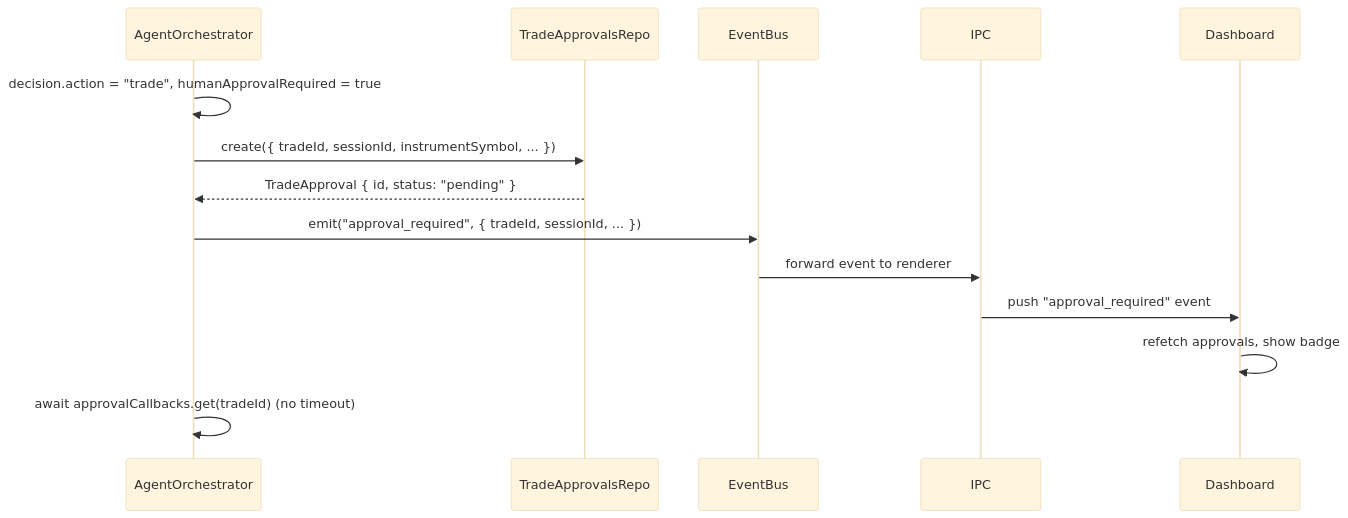
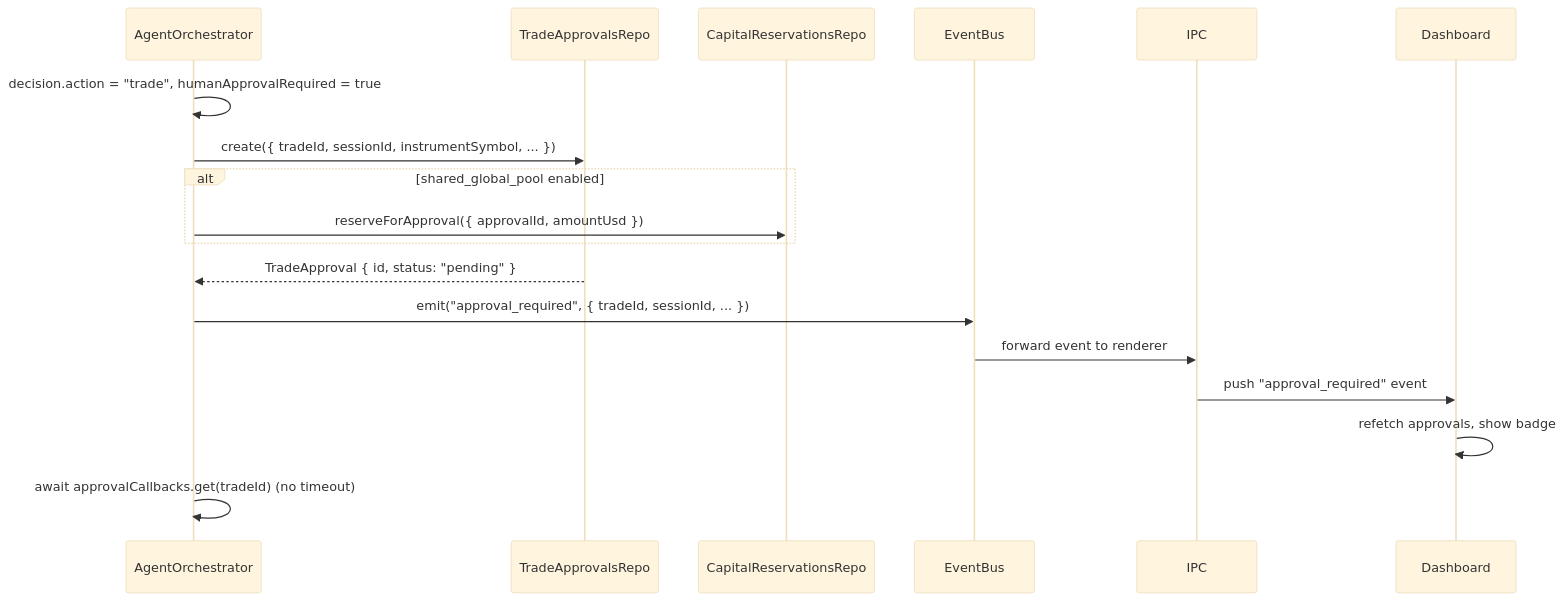
One commit to KennethAtchon/Exva changed the first of 4 diagrams in docs/plan/phase-06-approval-queue.md. Above: the diagram before and after it, drawn with Mermaid (base theme). The commit also changed other lines of this file and 13 other files, not shown here.

````diff
--- a/docs/plan/phase-06-approval-queue.md
+++ b/docs/plan/phase-06-approval-queue.md
@@ -207,17 +271,21 @@
 ```mermaid
 sequenceDiagram
     participant Orch as AgentOrchestrator
     participant Repo as TradeApprovalsRepo
+    participant Reserve as CapitalReservationsRepo
     participant Bus as EventBus
     participant IPC
     participant UI as Dashboard
 
     Orch->>Orch: decision.action = "trade", humanApprovalRequired = true
     Orch->>Repo: create({ tradeId, sessionId, instrumentSymbol, ... })
+    alt shared_global_pool enabled
+        Orch->>Reserve: reserveForApproval({ approvalId, amountUsd })
+    end
     Repo-->>Orch: TradeApproval { id, status: "pending" }
     Orch->>Bus: emit("approval_required", { tradeId, sessionId, ... })
     Bus->>IPC: forward event to renderer
     IPC->>UI: push "approval_required" event
     UI->>UI: refetch approvals, show badge
     Orch->>Orch: await approvalCallbacks.get(tradeId) (no timeout)
 ```
````
